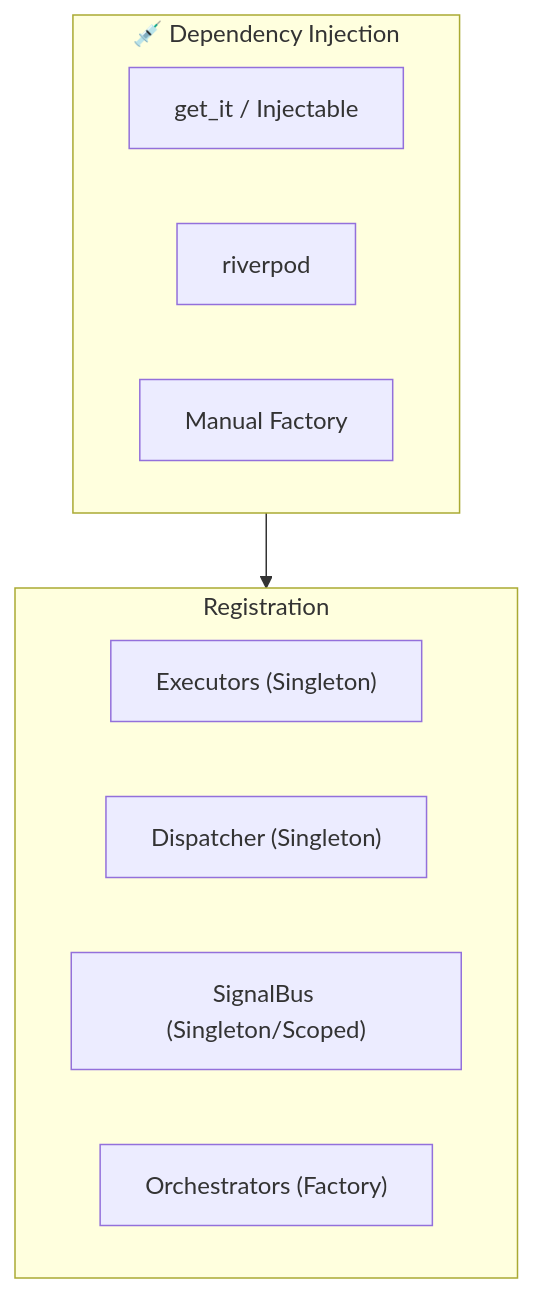
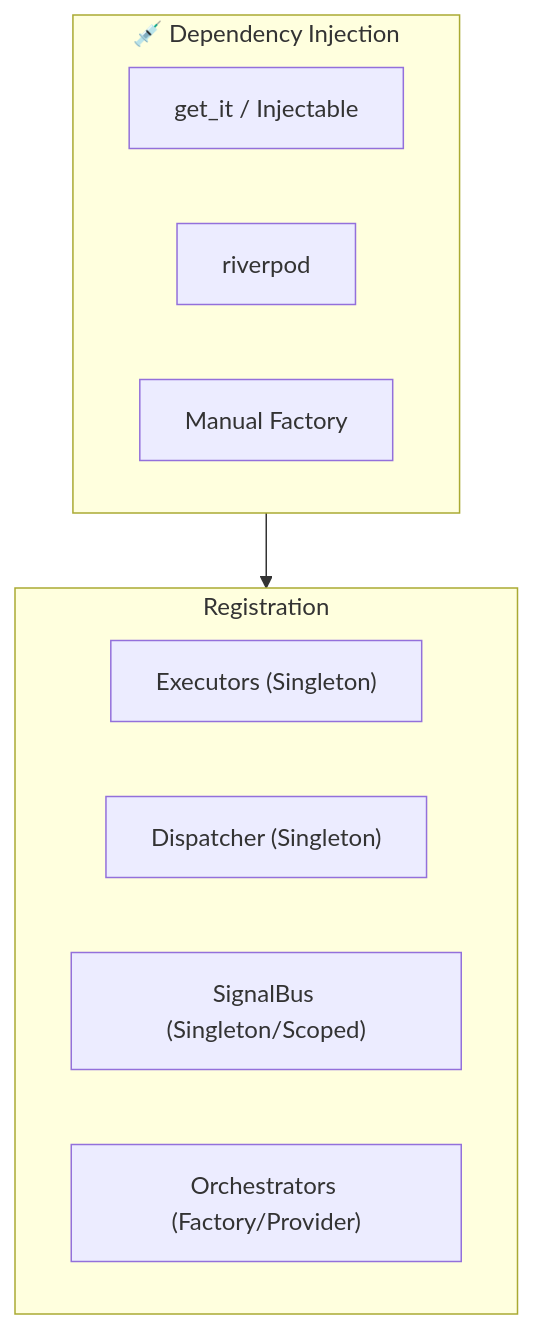
Before and after one commit to lploc94/flutter_orchestrator: the eighth of 14 diagrams in book/chapters/07_best_practices.md, drawn with Mermaid. The commit also changed other lines of this file and 31 other files, not shown here.

````diff
--- a/book/chapters/07_best_practices.md
+++ b/book/chapters/07_best_practices.md
@@ -172,17 +199,17 @@
 ```mermaid
 graph TB
     subgraph DI["💉 Dependency Injection"]
         GetIt["get_it / Injectable"]
         Riverpod["riverpod"]
         Manual["Manual Factory"]
     end
     
     subgraph Registration["Registration"]
         Exec["Executors (Singleton)"]
         Disp["Dispatcher (Singleton)"]
         Bus["SignalBus (Singleton/Scoped)"]
-        Orch["Orchestrators (Factory)"]
+        Orch["Orchestrators (Factory/Provider)"]
     end
     
     DI --> Registration
 ```
````
